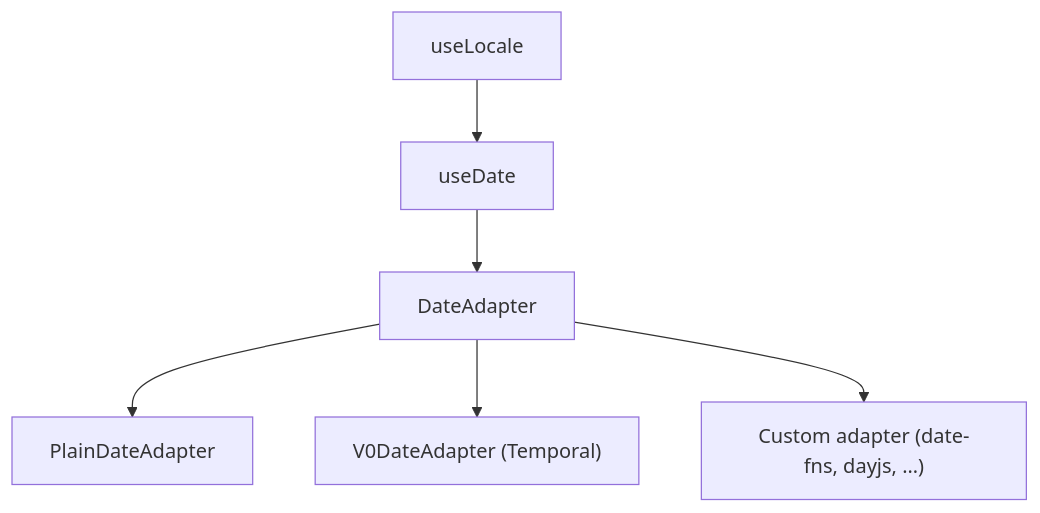
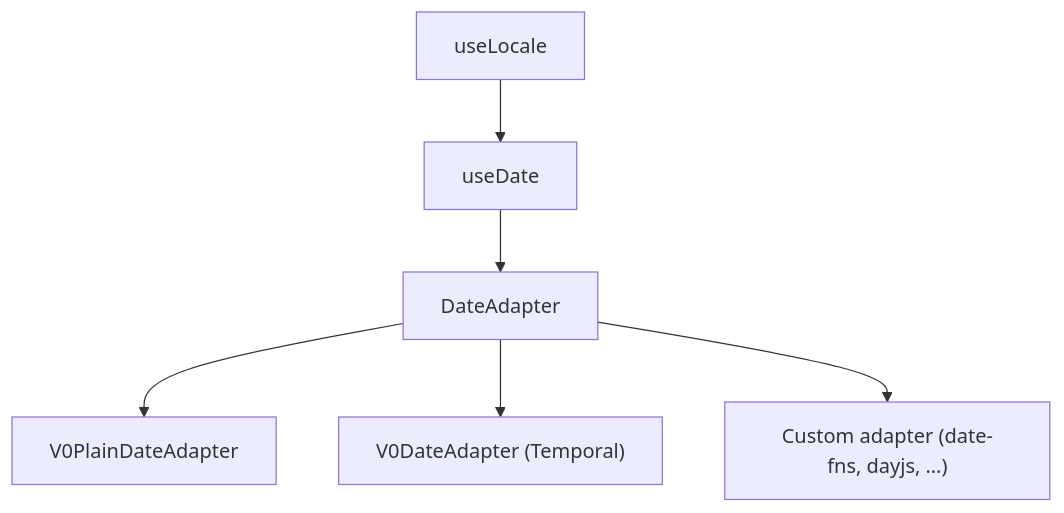
The second of 2 diagrams in apps/docs/src/pages/composables/plugins/use-date.md (vuetifyjs/0), drawn with Mermaid before and after one commit. The commit also changed other lines of this file and 12 other files, not shown here.

First line of the commit message:
feat(useDate): rename PlainDateAdapter to V0PlainDateAdapter

````diff
--- a/apps/docs/src/pages/composables/plugins/use-date.md
+++ b/apps/docs/src/pages/composables/plugins/use-date.md
@@ -347,15 +346,15 @@
 ```mermaid "useDate Architecture"
 flowchart TD
   Locale["useLocale"]
   UD["useDate"]:::primary
   Adapter["DateAdapter"]
-  Plain["PlainDateAdapter"]
+  Plain["V0PlainDateAdapter"]
   V0["V0DateAdapter (Temporal)"]
   Custom["Custom adapter (date-fns, dayjs, …)"]
 
   Locale --> UD
   UD --> Adapter
   Adapter --> Plain
   Adapter --> V0
   Adapter --> Custom
 ```
````
